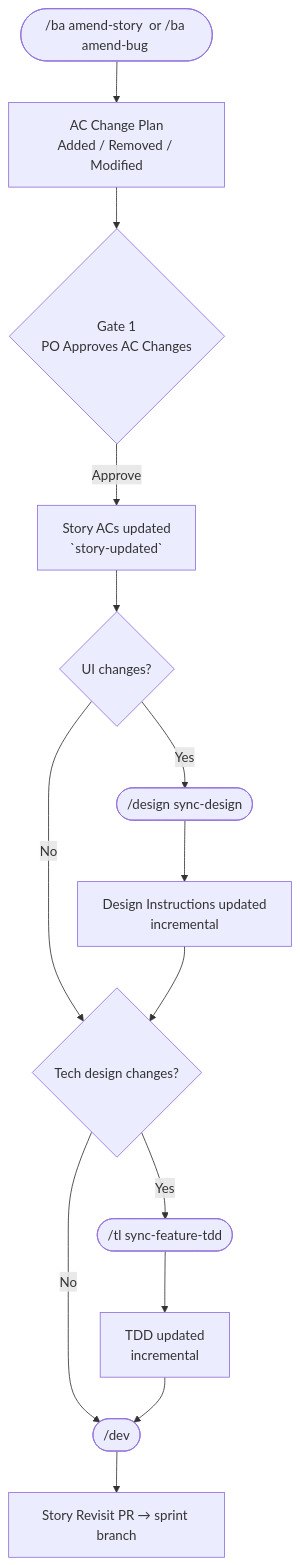
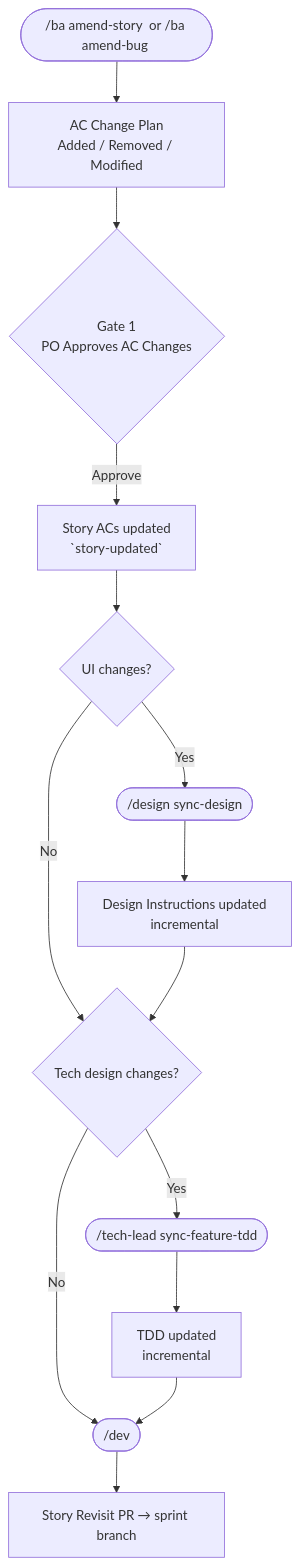
One commit to simpscal/notism changed the fourth of 4 diagrams in README.md. Above: the diagram before and after it, drawn with Mermaid. The commit also changed other lines of this file, not shown here.

Commit message:
docs: update README to reflect tech-lead rename and removed _methodology.md

````diff
--- a/README.md
+++ b/README.md
@@ -100,16 +100,16 @@
 ```mermaid
 flowchart TD
     A(["/ba amend-story <N> or /ba amend-bug <N>"]) --> B["AC Change Plan<br/>Added / Removed / Modified"]
     B --> G1{Gate 1<br/>PO Approves AC Changes}
     G1 -->|Approve| C["Story ACs updated<br/>`story-updated`"]
     C --> D{UI changes?}
     D -->|Yes| E(["/design sync-design <sprint>"])
     D -->|No| F{Tech design changes?}
     E --> E2["Design Instructions updated<br/>incremental"]
     E2 --> F
-    F -->|Yes| G(["/tl sync-feature-tdd <sprint>"])
+    F -->|Yes| G(["/tech-lead sync-feature-tdd <sprint>"])
     F -->|No| H(["/dev <N>"])
     G --> G2["TDD updated<br/>incremental"]
     G2 --> H
     H --> I["Story Revisit PR → sprint branch"]
 ```
````
